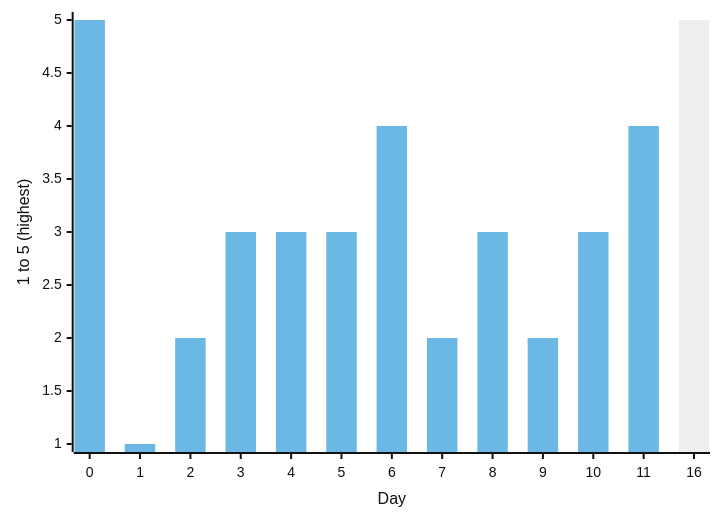
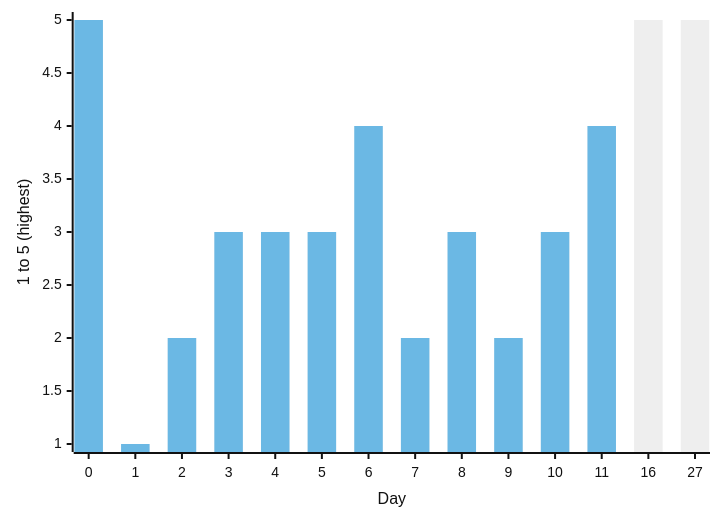
The fifth of 16 diagrams in docs/articles/posts/personal-development/experience-strict-fasting-8days/experience-strict-fasting-8days.md (phil-m-kopp/phil-m-kopp.github.io), drawn with Mermaid (neutral theme) before and after one commit. The commit also changed other lines of this file and 7 other files, not shown here.

````diff
--- a/docs/articles/posts/personal-development/experience-strict-fasting-8days/experience-strict-fasting-8days.md
+++ b/docs/articles/posts/personal-development/experience-strict-fasting-8days/experience-strict-fasting-8days.md
@@ -199,8 +207,8 @@
 ``` mermaid
 xychart-beta
-        x-axis "Day" [0, 1, 2, 3, 4, 5, 6, 7, 8, 9, 10, 11, 16]
+        x-axis "Day" [0, 1, 2, 3, 4, 5, 6, 7, 8, 9, 10, 11, 16, 27]
         y-axis "1 to 5 (highest)" 1 --> 5
 
-        bar "Motivation" [5, 1, 2, 3, 3, 3, 4, 2, 3, 2, 3, 4, 5]
+        bar "Motivation" [5, 1, 2, 3, 3, 3, 4, 2, 3, 2, 3, 4, 5, 5]
         bar "Motivation" [5, 1, 2, 3, 3, 3, 4, 2, 3, 2, 3, 4]
 ```
````
